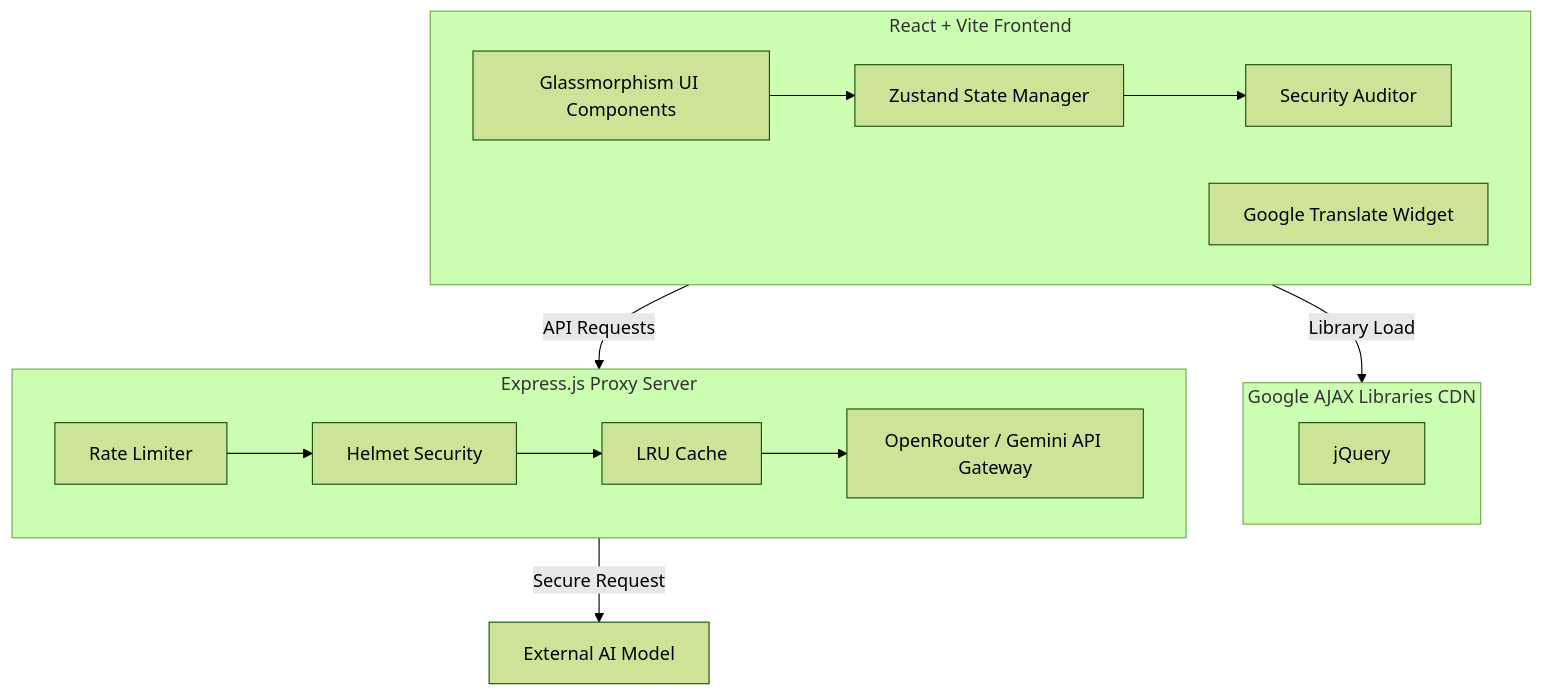
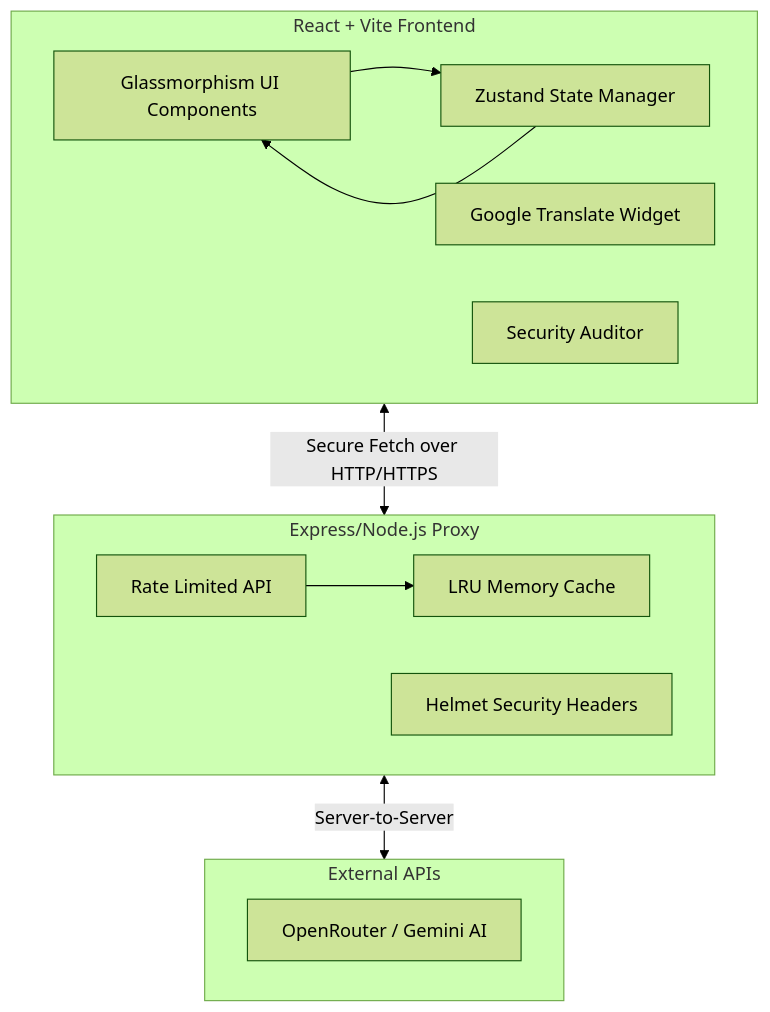
Before and after one commit to Siva-2511/Carbonfootprint: the diagram in README.md, drawn with Mermaid (forest theme). The commit also changed other lines of this file and 18 other files, not shown here.

````diff
--- a/README.md
+++ b/README.md
@@ -22,31 +24,27 @@
 ```mermaid
 graph TD
     subgraph Frontend [React + Vite Frontend]
         UI[Glassmorphism UI Components]
         Store[Zustand State Manager]
         I18n[Google Translate Widget]
         Sec[Security Auditor]
         
         UI --> Store
-        Store --> Sec
-    end
-
-    subgraph CDN [Google AJAX Libraries CDN]
-        JQuery[jQuery]
+        Store --> UI
     end
     
-    subgraph Backend [Express.js Proxy Server]
-        RL[Rate Limiter]
-        H[Helmet Security]
-        Cache[LRU Cache]
-        API[OpenRouter / Gemini API Gateway]
+    subgraph Backend [Express/Node.js Proxy]
+        API[Rate Limited API]
+        Cache[LRU Memory Cache]
+        Headers[Helmet Security Headers]
         
-        RL --> H
-        H --> Cache
-        Cache --> API
+        API --> Cache
     end
     
-    Frontend -->|API Requests| Backend
-    Frontend -->|Library Load| CDN
-    Backend -->|Secure Request| ExternalAI[External AI Model]
+    subgraph External [External APIs]
+        OR[OpenRouter / Gemini AI]
+    end
+    
+    Frontend <-->|Secure Fetch over HTTP/HTTPS| Backend
+    Backend <-->|Server-to-Server| External
 ```
````
